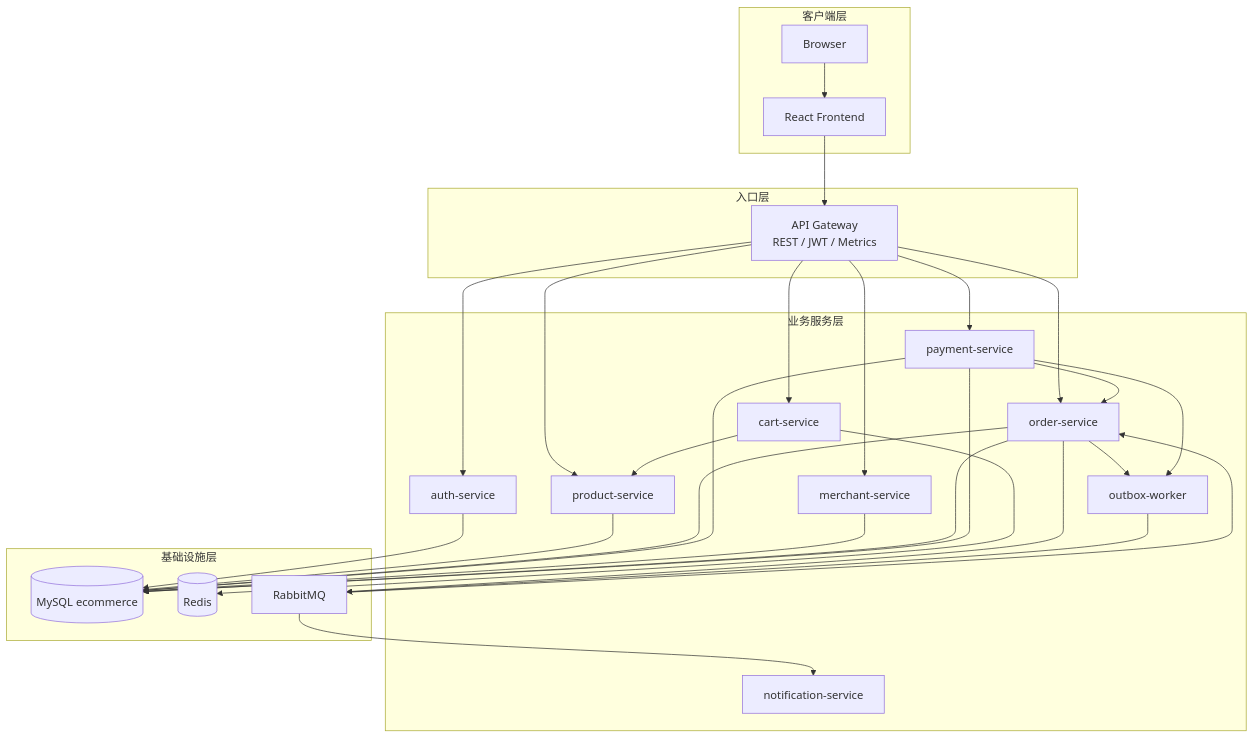
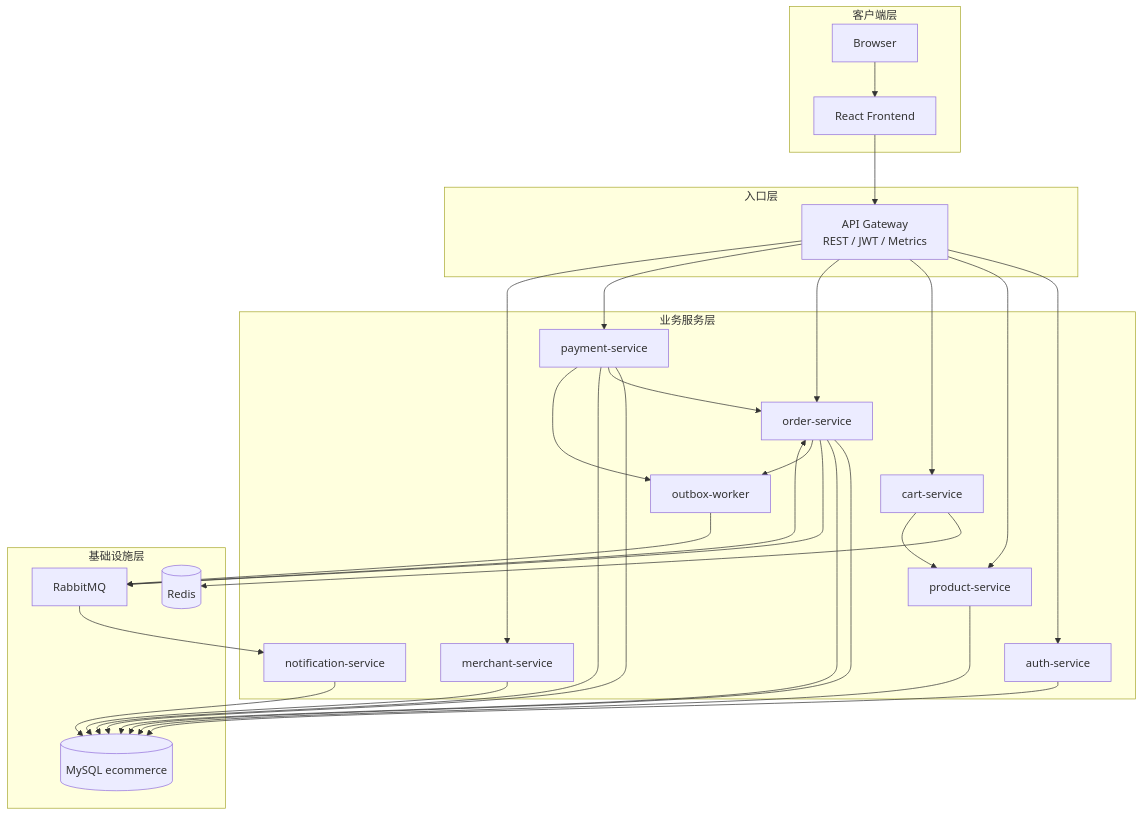
Before and after one commit to SymphonyW/Go-Commerce: the second of 7 diagrams in docs/TECHNICAL_DOCUMENT.md, drawn with Mermaid. The commit also changed other lines of this file and 17 other files, not shown here.

````diff
--- a/docs/TECHNICAL_DOCUMENT.md
+++ b/docs/TECHNICAL_DOCUMENT.md
@@ -83,54 +85,55 @@
 ```mermaid
 flowchart TB
     subgraph Client["客户端层"]
         Browser["Browser"]
         Frontend["React Frontend"]
     end
 
     subgraph Edge["入口层"]
         Gateway["API Gateway<br/>REST / JWT / Metrics"]
     end
 
     subgraph Services["业务服务层"]
         Auth["auth-service"]
         Product["product-service"]
         Cart["cart-service"]
         Order["order-service"]
         Payment["payment-service"]
         Merchant["merchant-service"]
         Notification["notification-service"]
         OutboxWorker["outbox-worker"]
     end
 
     subgraph Infra["基础设施层"]
         MySQL[("MySQL ecommerce")]
         Redis[("Redis")]
         RabbitMQ["RabbitMQ"]
     end
 
     Browser --> Frontend --> Gateway
     Gateway --> Auth
     Gateway --> Product
     Gateway --> Cart
     Gateway --> Order
     Gateway --> Payment
     Gateway --> Merchant
 
     Auth --> MySQL
     Product --> MySQL
     Order --> MySQL
     Payment --> MySQL
     Merchant --> MySQL
     Cart --> Redis
     Cart --> Product
     Payment --> Order
 
     Order --> MySQL
     Payment --> MySQL
     Order --> RabbitMQ
     Order --> OutboxWorker
     Payment --> OutboxWorker
     OutboxWorker --> RabbitMQ
     RabbitMQ --> Notification
     RabbitMQ --> Order
+    Notification --> MySQL
 ```
````
